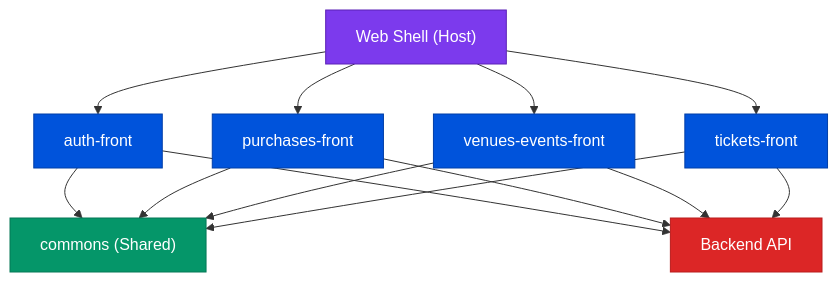
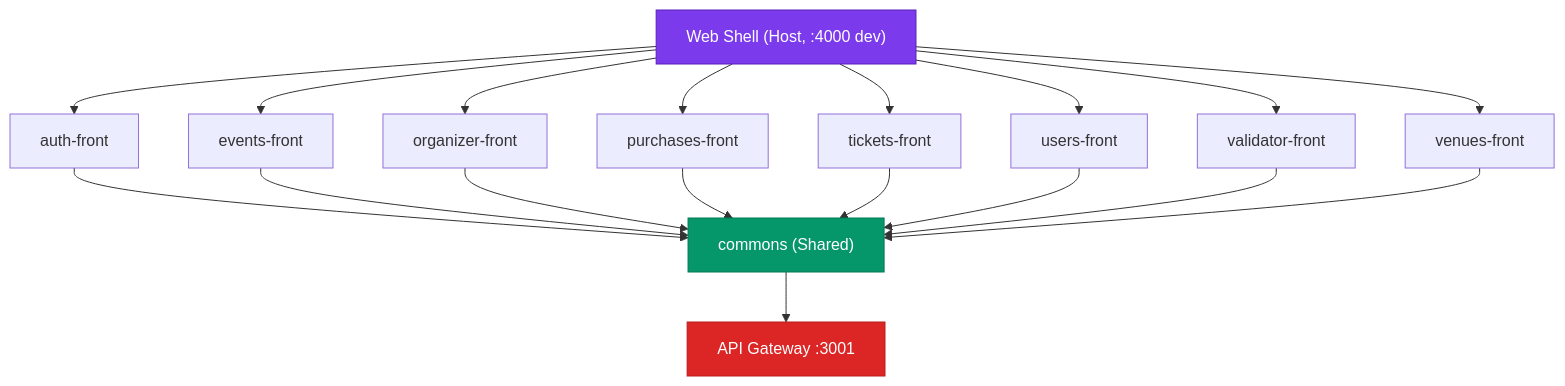
The first of 7 diagrams in README.md (amadorcdr/nextticket), drawn with Mermaid before and after one commit. The commit also changed other lines of this file and 1 other file, not shown here.

````diff
--- a/README.md
+++ b/README.md
@@ -92,23 +61,24 @@
 ```mermaid
 graph TD
-    A["Web Shell (Host)"] --> B["auth-front"]
-    A --> C["purchases-front"]
-    A --> F["venues-events-front"]
-    A --> G["tickets-front"]
+    A["Web Shell (Host, :4000 dev)"] --> B["auth-front"]
+    A --> C["events-front"]
+    A --> D2["organizer-front"]
+    A --> E2["purchases-front"]
+    A --> F["tickets-front"]
+    A --> G["users-front"]
+    A --> H["validator-front"]
+    A --> I["venues-front"]
     B --> D["commons (Shared)"]
     C --> D
+    D2 --> D
+    E2 --> D
     F --> D
     G --> D
-    B --> E["Backend API"]
-    C --> E
-    F --> E
-    G --> E
+    H --> D
+    I --> D
+    D --> E["API Gateway :3001"]
 
     style A fill:#7c3aed,color:#fff,stroke:#5b21b6
-    style B fill:#0053db,color:#fff,stroke:#003ea8
-    style C fill:#0053db,color:#fff,stroke:#003ea8
-    style F fill:#0053db,color:#fff,stroke:#003ea8
-    style G fill:#0053db,color:#fff,stroke:#003ea8
     style D fill:#059669,color:#fff,stroke:#047857
     style E fill:#dc2626,color:#fff,stroke:#b91c1c
 ```
````
